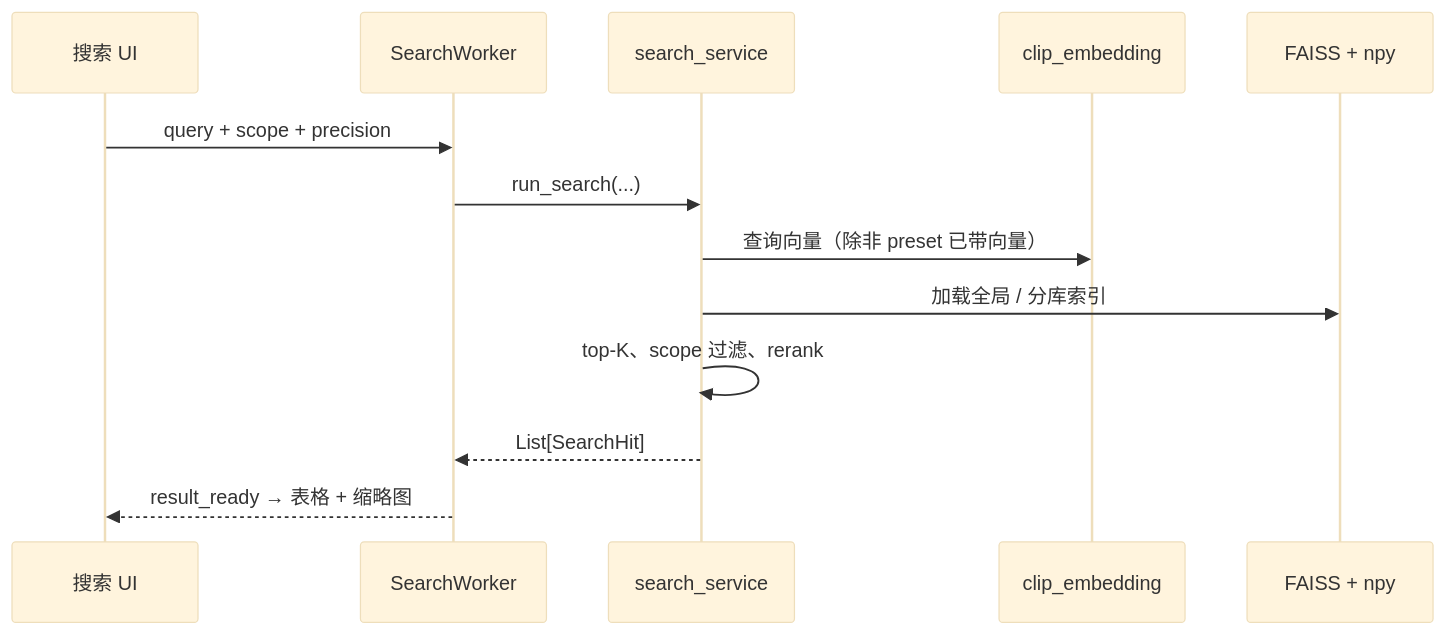
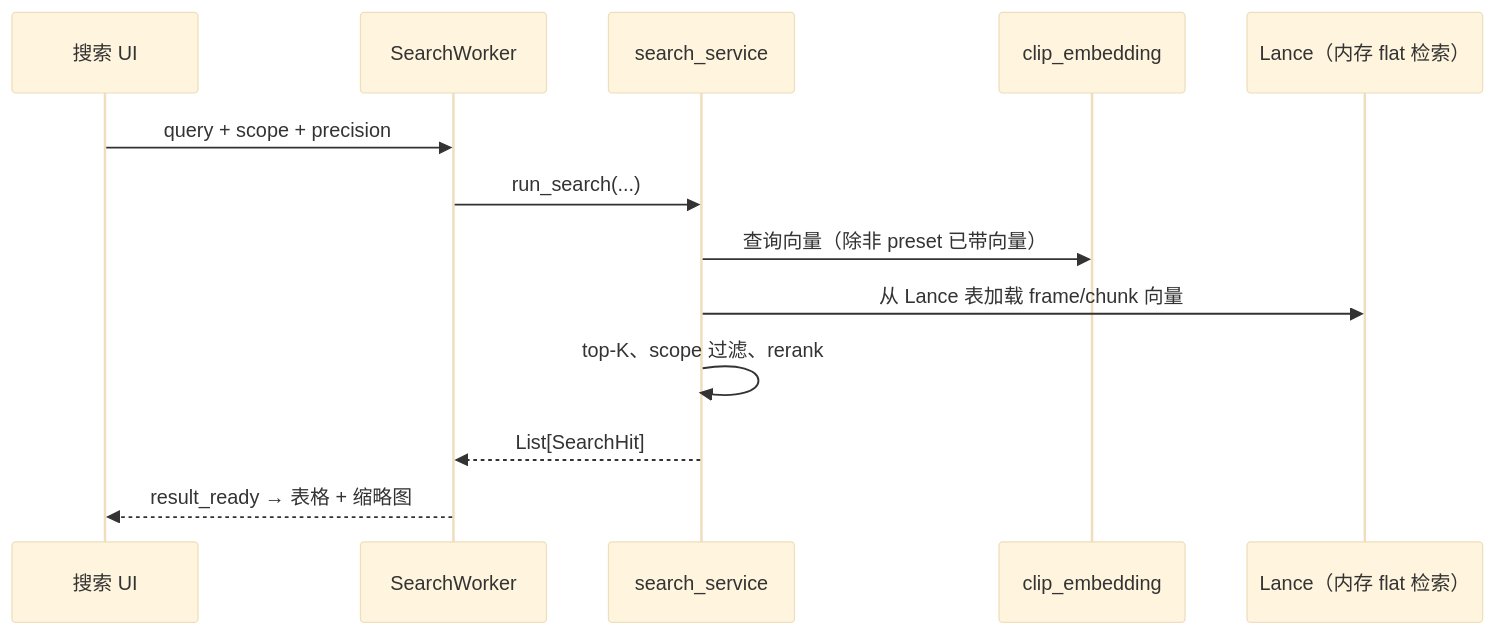
Before and after one commit to 6v17/VideoSeek: the sixth of 6 diagrams in docs/architecture.md, drawn with Mermaid (base theme). The commit also changed other lines of this file and 43 other files, not shown here.

````diff
--- a/docs/architecture.md
+++ b/docs/architecture.md
@@ -149,15 +149,15 @@
 ```mermaid
 sequenceDiagram
   participant UI as 搜索 UI
   participant W as SearchWorker
   participant SS as search_service
   participant CE as clip_embedding
-  participant IX as FAISS + npy
+  participant IX as Lance（内存 flat 检索）
   UI->>W: query + scope + precision
   W->>SS: run_search(...)
   SS->>CE: 查询向量（除非 preset 已带向量）
-  SS->>IX: 加载全局 / 分库索引
+  SS->>IX: 从 Lance 表加载 frame/chunk 向量
   SS->>SS: top-K、scope 过滤、rerank
   SS-->>W: List[SearchHit]
   W-->>UI: result_ready → 表格 + 缩略图
 ```
````
